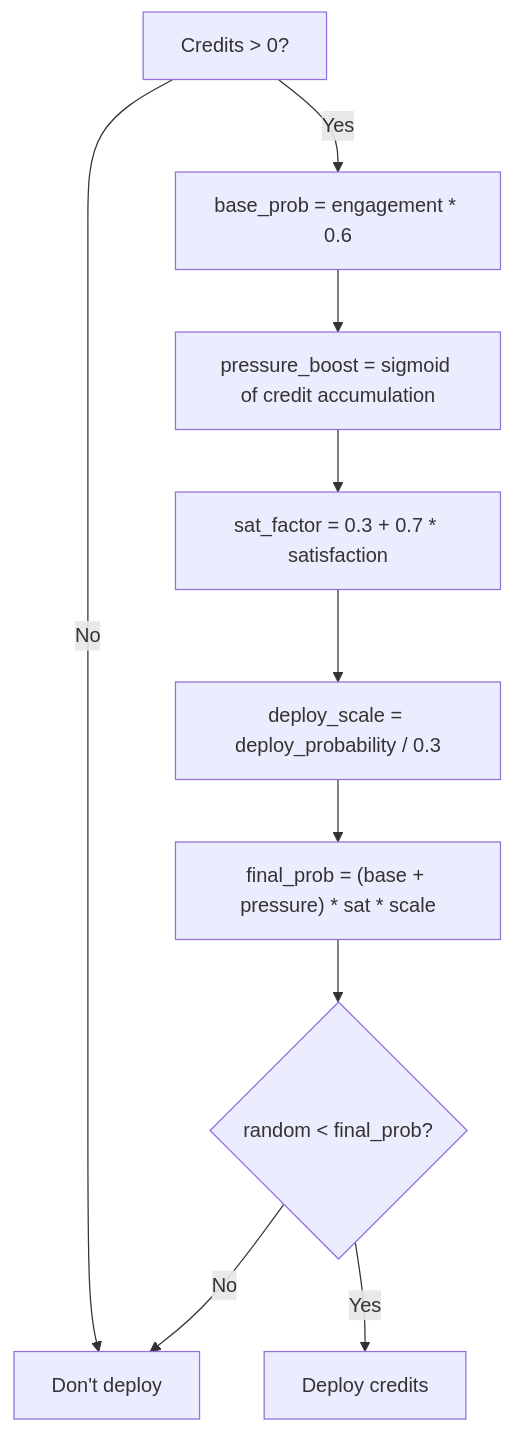
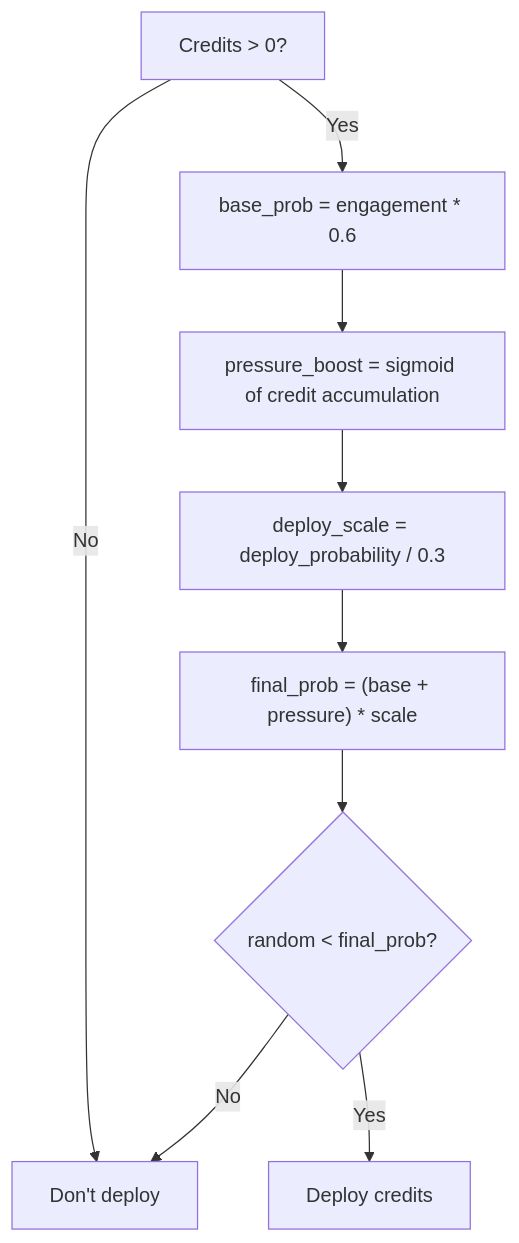
Before and after one commit to rsthornton/rsc-endowment-abm: the seventh of 13 diagrams in ARCHITECTURE.md, drawn with Mermaid. The commit also changed other lines of this file and 13 other files, not shown here.

````diff
--- a/ARCHITECTURE.md
+++ b/ARCHITECTURE.md
@@ -102,12 +144,11 @@
 ```mermaid
 graph TD
     A[Credits > 0?] -->|No| Z[Don't deploy]
     A -->|Yes| B[base_prob = engagement * 0.6]
     B --> C[pressure_boost = sigmoid of credit accumulation]
-    C --> D[sat_factor = 0.3 + 0.7 * satisfaction]
-    D --> E["deploy_scale = deploy_probability / 0.3"]
-    E --> F["final_prob = (base + pressure) * sat * scale"]
+    C --> D["deploy_scale = deploy_probability / 0.3"]
+    D --> F["final_prob = (base + pressure) * scale"]
     F --> G{random < final_prob?}
     G -->|Yes| Y[Deploy credits]
     G -->|No| Z
 ```
````
